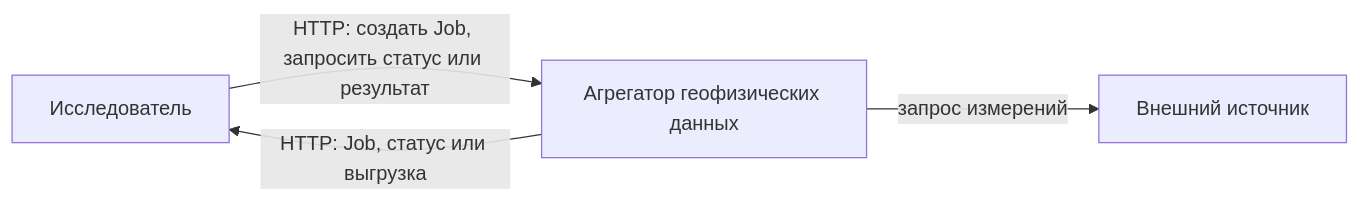
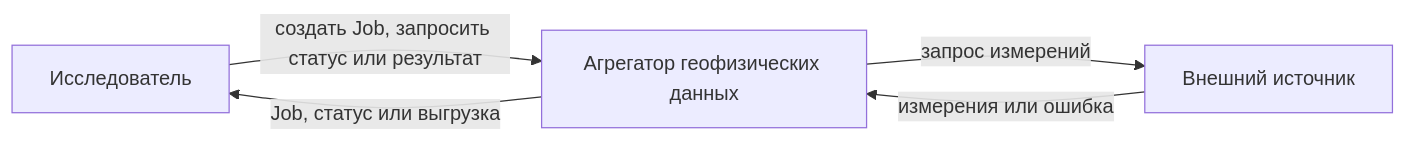
One commit to NaVi-4oK/team-amd changed the first of 3 diagrams in architecture.md. Above: the diagram before and after it, drawn with Mermaid. The commit also changed other lines of this file, not shown here.

````diff
--- a/architecture.md
+++ b/architecture.md
@@ -9,6 +9,7 @@
 ```mermaid
 flowchart LR
-    researcher[Исследователь] -->|HTTP: создать Job, запросить статус или результат| aggregator[Агрегатор геофизических данных]
-    aggregator -->|HTTP: Job, статус или выгрузка| researcher
+    researcher[Исследователь] -->|создать Job, запросить статус или результат| aggregator[Агрегатор геофизических данных]
+    aggregator -->|Job, статус или выгрузка| researcher
     aggregator -->|запрос измерений| source[Внешний источник]
+    source -->|измерения или ошибка| aggregator
 ```
````
